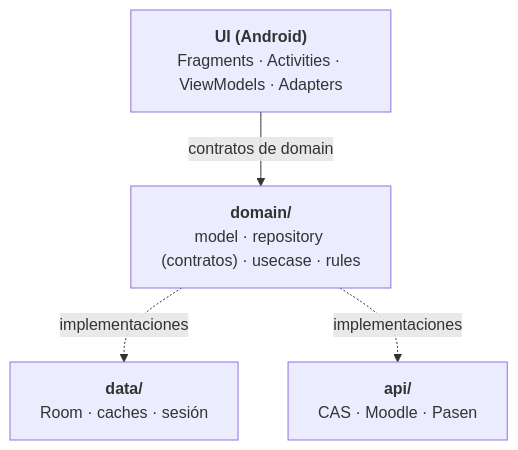
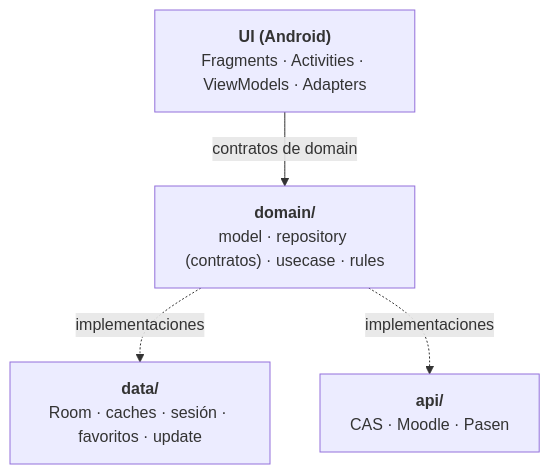
One commit to gh0st-2202/iMoodle changed the diagram in README.md. Above: the diagram before and after it, drawn with Mermaid. The commit also changed other lines of this file and 12 other files, not shown here.

````diff
--- a/README.md
+++ b/README.md
@@ -61,11 +63,11 @@
 ```mermaid
 flowchart TD
     UI["<b>UI (Android)</b><br/>Fragments · Activities · ViewModels · Adapters"]
     DOMAIN["<b>domain/</b><br/>model · repository (contratos) · usecase · rules"]
-    DATA["<b>data/</b><br/>Room · caches · sesión"]
+    DATA["<b>data/</b><br/>Room · caches · sesión · favoritos · update"]
     API["<b>api/</b><br/>CAS · Moodle · Pasen"]
 
     UI -->|"contratos de domain"| DOMAIN
     DOMAIN -.->|"implementaciones"| DATA
     DOMAIN -.->|"implementaciones"| API
 ```
````
